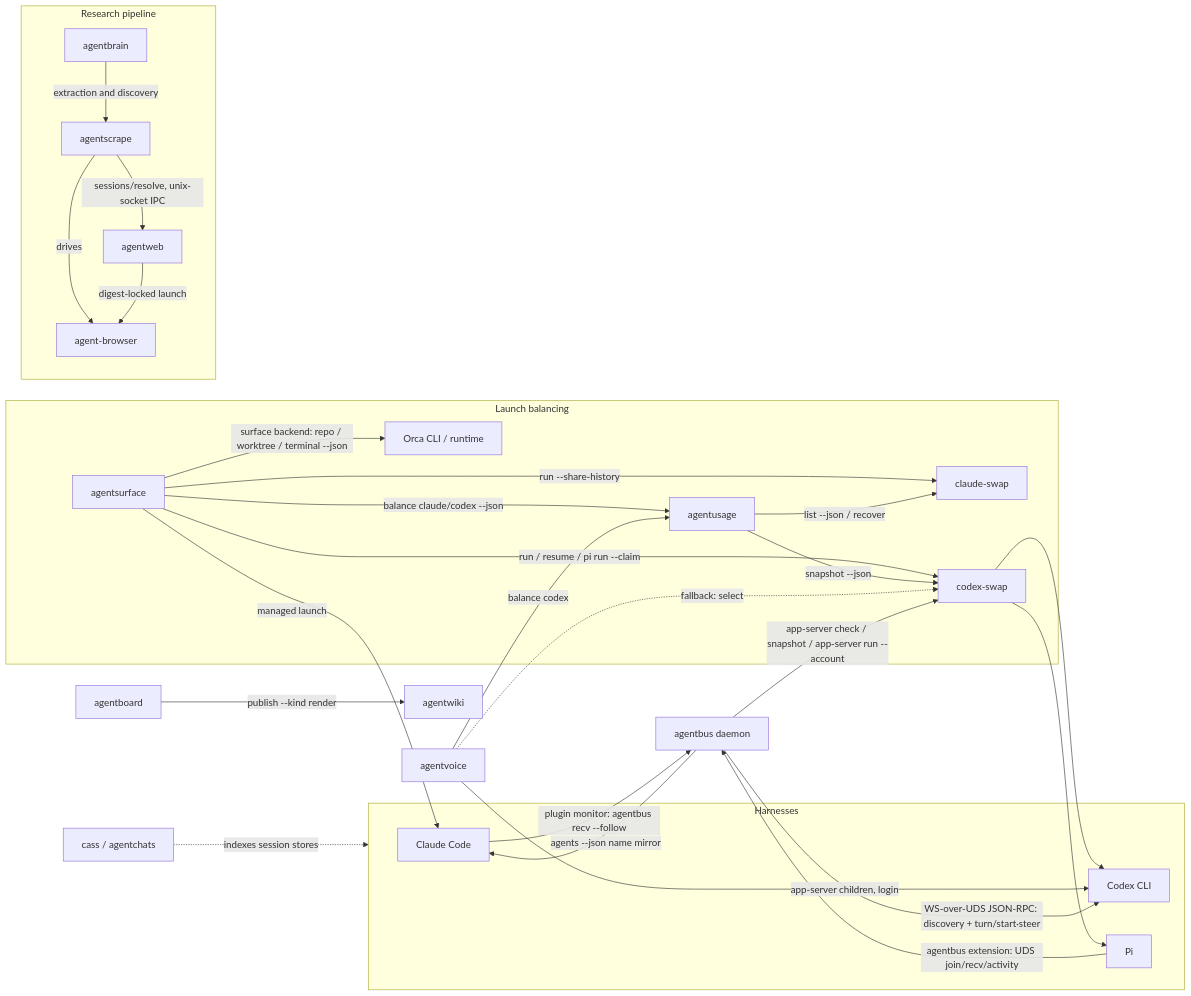
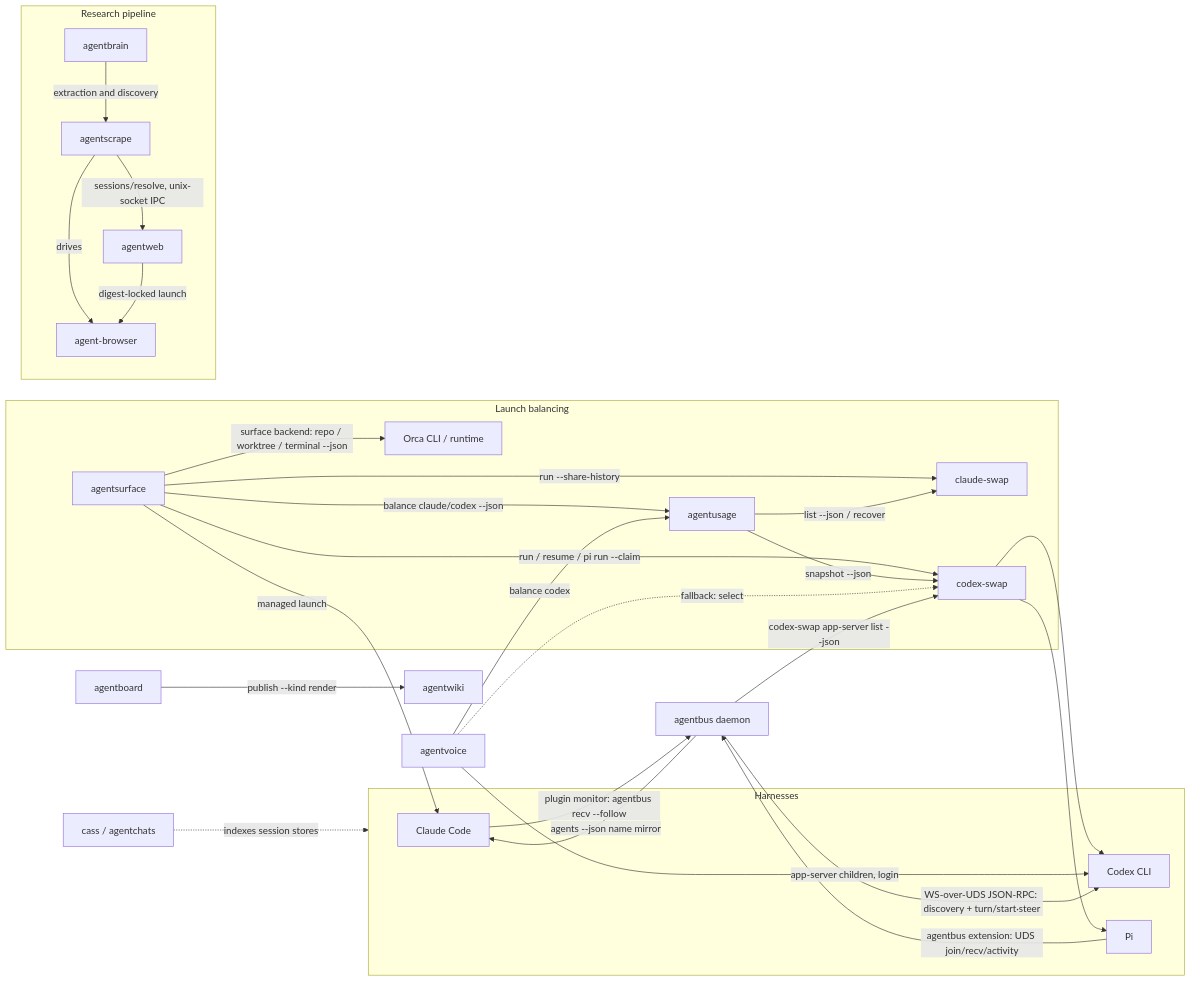
The first of 3 diagrams in skills/fleet/MAP.md (possibilities/agentdots), drawn with Mermaid before and after one commit. The commit also changed 2 other files, not shown here.

Commit message:
Fix three AgentStart drift items from review
1. Update Runtime call graph mermaid diagram in skills/fleet/MAP.md: change
   the retired supervisor edge from bus to codex-swap to reflect current reality
   (polls codex-swap app-server list --json for dedicated per-run sockets).

2. Rewrite comment block in config/launchd/agentbus.codex-appserver.plist to
   describe agentbus ADR 0003 contract: supervisor runs one default-socket
   app-server on canonical home without codex-swap, spawns nothing with
   codex-swap present (every run brings its own dedicated server).

3. Add scripts/install-agentbus-adapters to bash -n / shellcheck and
   executable-bit script validation lists in tests/validate.sh.

Claude-Session: https://claude.ai/code/session_01N4J2hh8FxD36kokqD5yuUD

````diff
--- a/skills/fleet/MAP.md
+++ b/skills/fleet/MAP.md
@@ -18,52 +18,52 @@
 ```mermaid
 flowchart LR
     subgraph harnesses [Harnesses]
         claude[Claude Code]
         codex[Codex CLI]
         pi[Pi]
     end
 
     subgraph balancing [Launch balancing]
         surface[agentsurface]
         usage[agentusage]
         claudeSwap[claude-swap]
         swap[codex-swap]
         orca[Orca CLI / runtime]
     end
 
     subgraph research [Research pipeline]
         brain[agentbrain]
         scrape[agentscrape]
         web[agentweb]
         browser[agent-browser]
     end
 
     voice[agentvoice]
     board[agentboard]
     wiki[agentwiki]
     chats[cass / agentchats]
 
     surface -->|balance claude/codex --json| usage
     surface -->|run --share-history| claudeSwap
     surface -->|run / resume / pi run --claim| swap
     surface -->|managed launch| claude
     surface -->|surface backend: repo / worktree / terminal --json| orca
     swap --> codex
     swap --> pi
     usage -->|snapshot --json| swap
     usage -->|list --json / recover| claudeSwap
     voice -->|app-server children, login| codex
     voice -->|balance codex| usage
     voice -.->|fallback: select| swap
     brain -->|extraction and discovery| scrape
     scrape -->|drives| browser
     scrape -->|sessions/resolve, unix-socket IPC| web
     web -->|digest-locked launch| browser
     board -->|publish --kind render| wiki
     chats -.->|indexes session stores| harnesses
     bus[agentbus daemon] -->|agents --json name mirror| claude
     bus -->|WS-over-UDS JSON-RPC: discovery + turn/start·steer| codex
-    bus -->|app-server check / snapshot / app-server run --account| swap
+    bus -->|codex-swap app-server list --json| swap
     claude -->|plugin monitor: agentbus recv --follow| bus
     pi -->|agentbus extension: UDS join/recv/activity| bus
 ```
````
